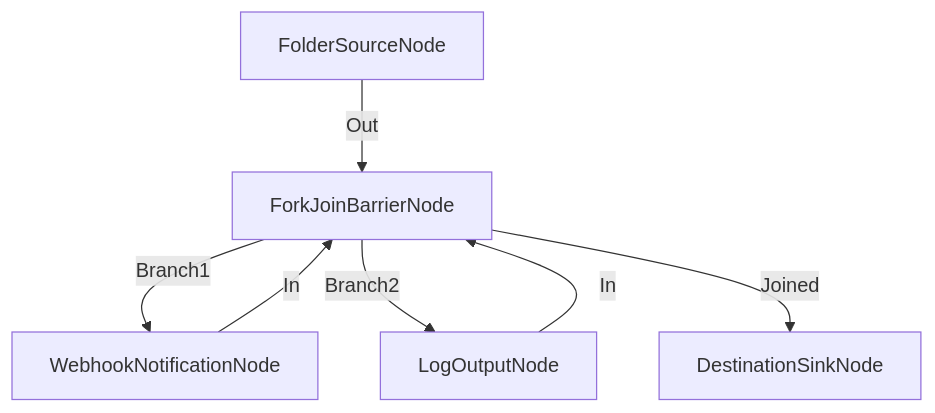
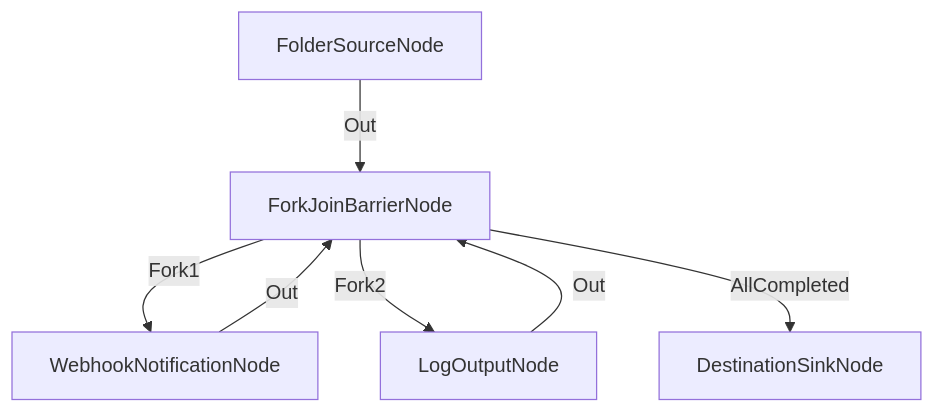
One commit to kaoticos53/ArchiveProceser changed the diagram in docs/examples/03_advanced/flow_30_notificacion_multi_canal.md. Above: the diagram before and after it, drawn with Mermaid. The commit also changed 114 other files, not shown here.

````diff
--- a/docs/examples/03_advanced/flow_30_notificacion_multi_canal.md
+++ b/docs/examples/03_advanced/flow_30_notificacion_multi_canal.md
@@ -10,9 +10,9 @@
 ```mermaid
 graph TD
   A[FolderSourceNode] -->|Out| B[ForkJoinBarrierNode]
-  B -->|Branch1| C[WebhookNotificationNode]
-  B -->|Branch2| D[LogOutputNode]
-  C -->|In| B
-  D -->|In| B
-  B -->|Joined| E[DestinationSinkNode]
+  B -->|Fork1| C[WebhookNotificationNode]
+  B -->|Fork2| D[LogOutputNode]
+  C -->|Out| B
+  D -->|Out| B
+  B -->|AllCompleted| E[DestinationSinkNode]
 ```
````
